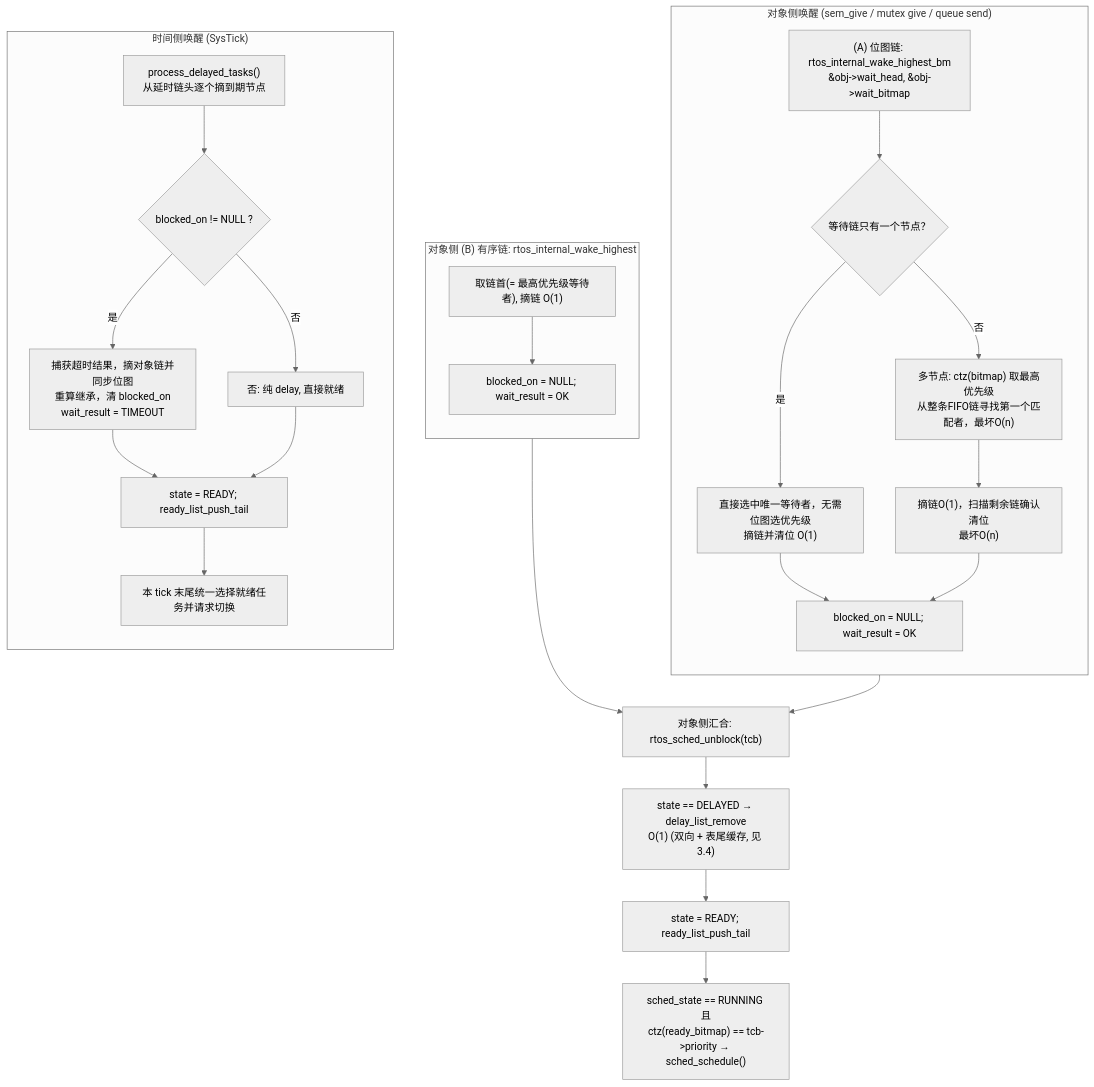
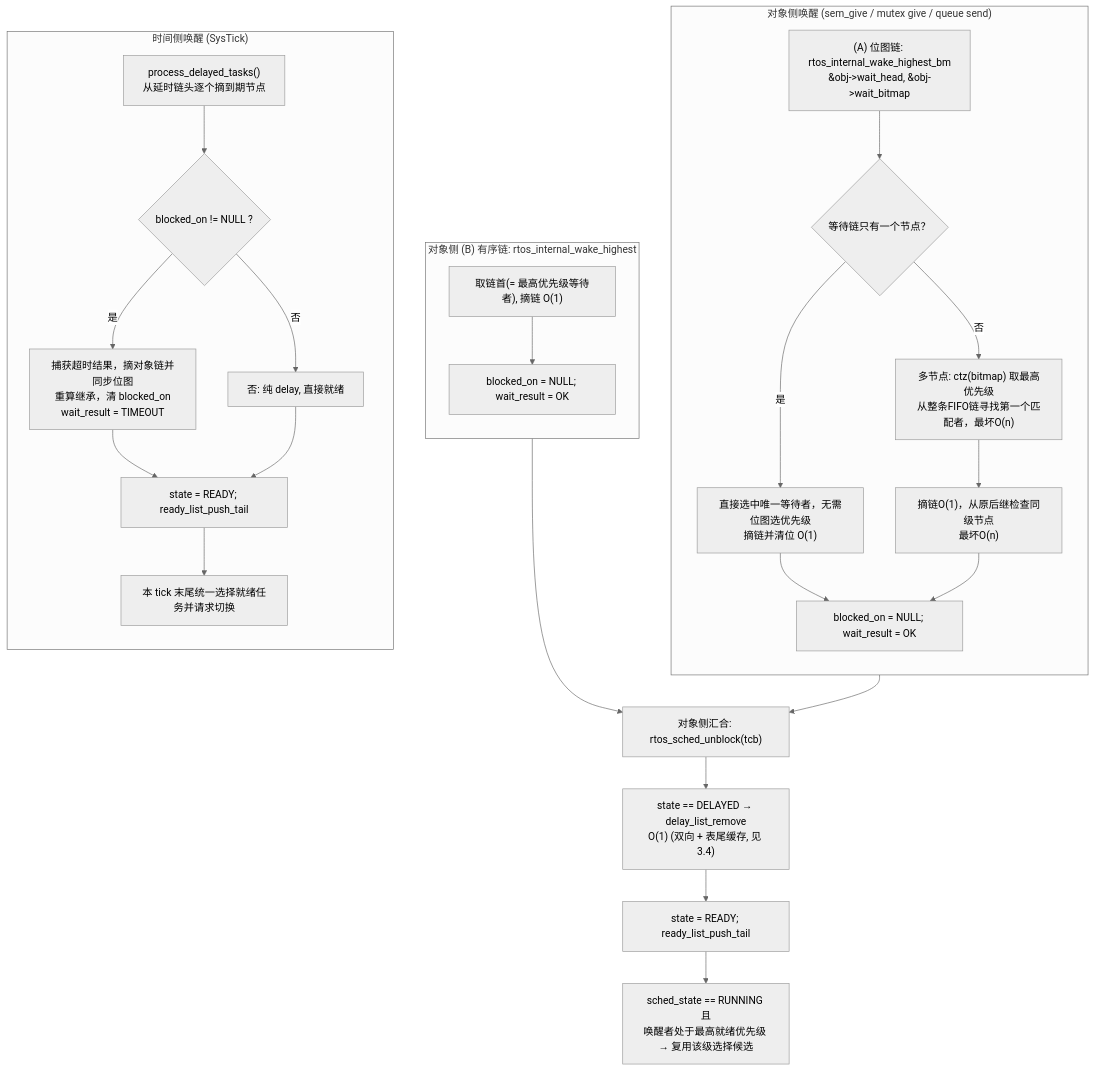
One commit to ArchHang/RTOS changed the eighth of 19 diagrams in docs/rtos_design.md. Above: the diagram before and after it, drawn with Mermaid (neutral theme). The commit also changed other lines of this file and 16 other files, not shown here.

````diff
--- a/docs/rtos_design.md
+++ b/docs/rtos_design.md
@@ -614,42 +617,42 @@
 ```mermaid
 flowchart TB
     subgraph OBJ["对象侧唤醒 (sem_give / mutex give / queue send)"]
         direction TB
         A1["(A) 位图链: rtos_internal_wake_highest_bm<br/>&obj->wait_head, &obj->wait_bitmap"]
         AQ{"等待链只有一个节点？"}
         A2["直接选中唯一等待者，无需位图选优先级<br/>摘链并清位 O(1)"]
         A3["多节点: ctz(bitmap) 取最高优先级<br/>从整条FIFO链寻找第一个匹配者，最坏O(n)"]
-        A4["摘链O(1)，扫描剩余链确认清位<br/>最坏O(n)"]
+        A4["摘链O(1)，从原后继检查同级节点<br/>最坏O(n)"]
         A5["blocked_on = NULL; wait_result = OK"]
         A1 --> AQ
         AQ -->|是| A2 --> A5
         AQ -->|否| A3 --> A4 --> A5
     end
 
     subgraph OBJ2["对象侧 (B) 有序链: rtos_internal_wake_highest"]
         direction TB
         B1["取链首(= 最高优先级等待者), 摘链 O(1)"]
         B2["blocked_on = NULL; wait_result = OK"]
         B1 --> B2
     end
 
     subgraph TIM["时间侧唤醒 (SysTick)"]
         direction TB
         T1["process_delayed_tasks()<br/>从延时链头逐个摘到期节点"]
         T2{"blocked_on != NULL ?"}
         T3["捕获超时结果，摘对象链并同步位图<br/>重算继承，清 blocked_on<br/>wait_result = TIMEOUT"]
         T4["否: 纯 delay, 直接就绪"]
         T5["state = READY; ready_list_push_tail"]
         T1 --> T2
         T2 -->|是| T3 --> T5
         T2 -->|否| T4 --> T5
         T5 --> T6["本 tick 末尾统一选择就绪任务并请求切换"]
     end
 
     A5 --> U
     B2 --> U
     U["对象侧汇合: rtos_sched_unblock(tcb)"]
     U --> U1["state == DELAYED → delay_list_remove<br/>O(1) (双向 + 表尾缓存, 见 3.4)"]
     U1 --> U2["state = READY; ready_list_push_tail"]
-    U2 --> U3["sched_state == RUNNING 且<br/>ctz(ready_bitmap) == tcb->priority → sched_schedule()"]
+    U2 --> U3["sched_state == RUNNING 且<br/>唤醒者处于最高就绪优先级 → 复用该级选择候选"]
 ```
````
